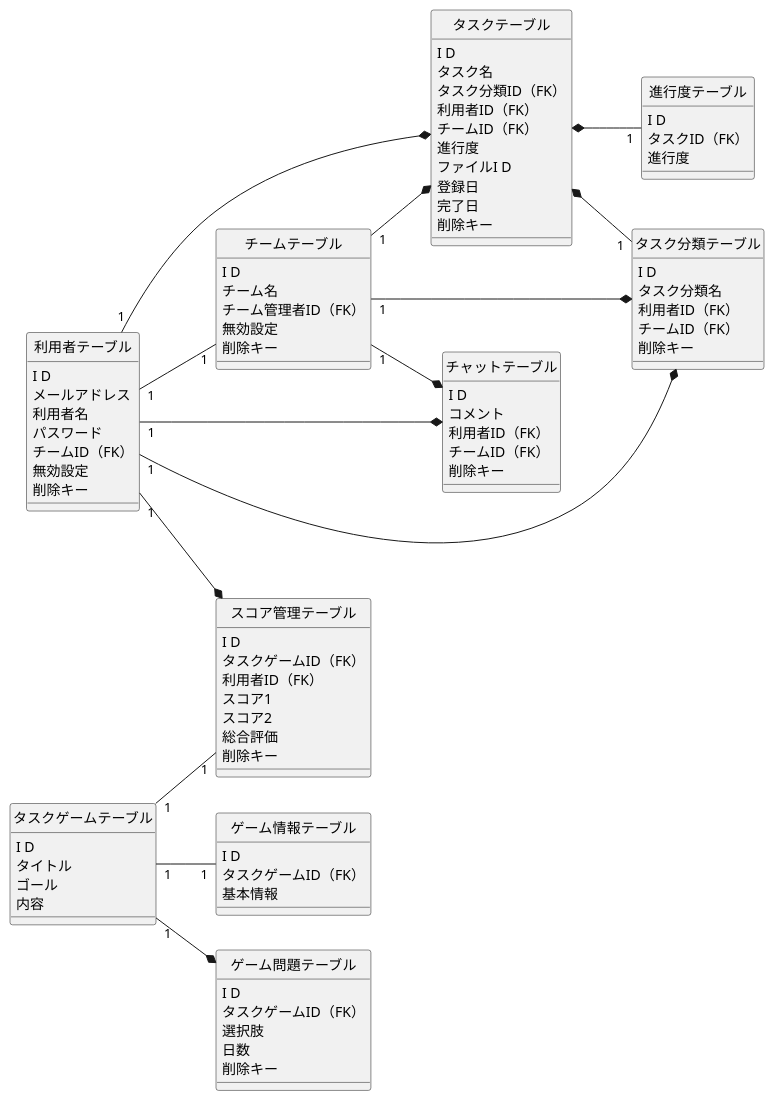
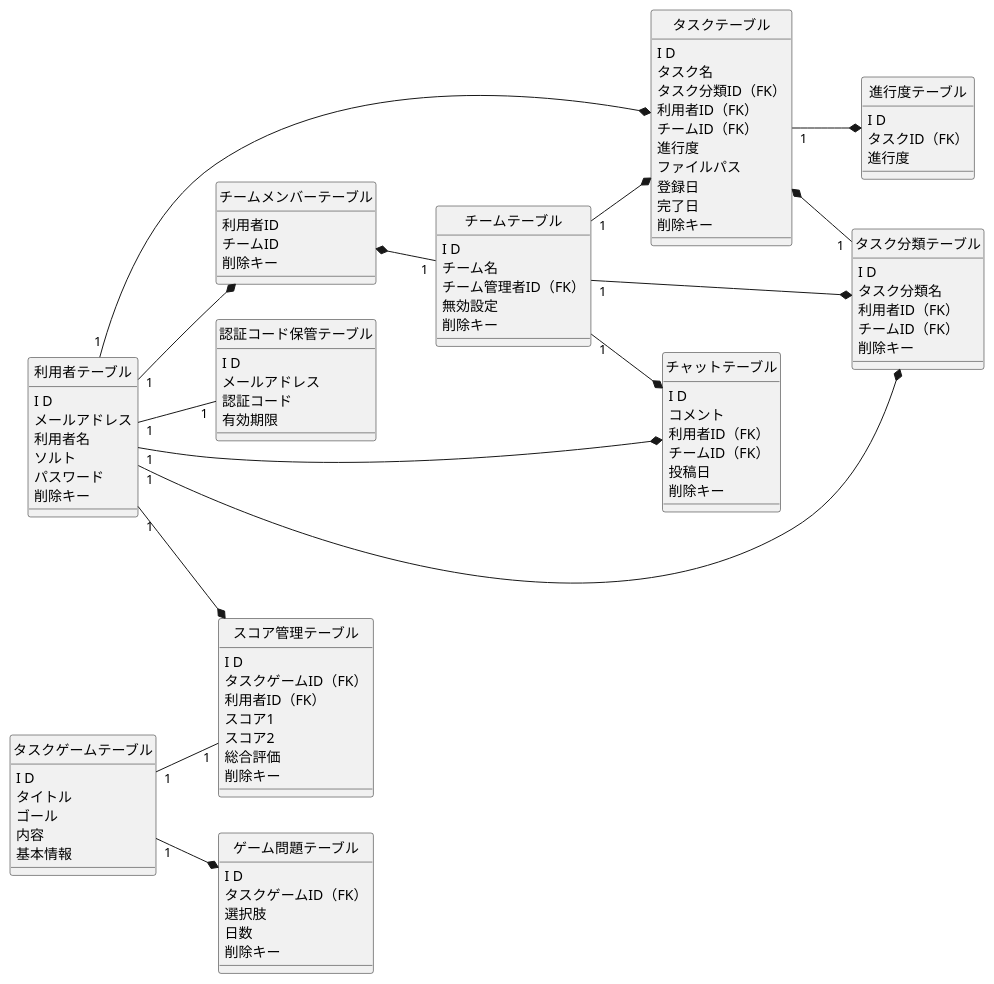
The diagram in hackathon_teamE.pu (omorirenka/uml-introduction), drawn with PlantUML before and after one commit.

Commit message:
プロジェクト開発チームE

```diff
--- a/hackathon_teamE.pu
+++ b/hackathon_teamE.pu
@@ -1,104 +1,113 @@
 @startuml
 left to right direction
 class 利用者テーブル{
 I D
 メールアドレス
 利用者名
+ソルト
 パスワード
-チームID（FK）
-無効設定
 削除キー
+}
+
+class 認証コード保管テーブル{
+I D
+メールアドレス
+認証コード
+有効期限
 }
 
 class タスクテーブル{
 I D
 タスク名
 タスク分類ID（FK）
 利用者ID（FK）
 チームID（FK）
 進行度
-ファイルI D
+ファイルパス
 登録日
 完了日
 削除キー
 }
 
 class タスク分類テーブル{
 I D
 タスク分類名
 利用者ID（FK）
 チームID（FK）
 削除キー
 }
 
 class 進行度テーブル{
 I D
 タスクID（FK）
 進行度
 }
 
 class チームテーブル{
 I D
 チーム名
 チーム管理者ID（FK）
 無効設定
 削除キー    
 }
 
+class チームメンバーテーブル{
+利用者ID
+チームID
+削除キー
+}
+
 class チャットテーブル{
 I D
 コメント
 利用者ID（FK）
 チームID（FK）
+投稿日
 削除キー
 }
 
 class タスクゲームテーブル{
 I D
 タイトル
 ゴール
 内容
+基本情報
 }
 
 class ゲーム問題テーブル{
 I D
 タスクゲームID（FK）
 選択肢
 日数
 削除キー
-}
-
-class ゲーム情報テーブル{
-I D
-タスクゲームID（FK）
-基本情報
 }
 
 class スコア管理テーブル{
 I D
 タスクゲームID（FK）
 利用者ID（FK）
 スコア1
 スコア2
 総合評価
 削除キー
 }
 
+利用者テーブル "1"--"1" 認証コード保管テーブル
 利用者テーブル "1"--* タスクテーブル
-利用者テーブル "1"--"1" チームテーブル
+利用者テーブル "1"--* チームメンバーテーブル
+チームメンバーテーブル *--"1" チームテーブル
 利用者テーブル "1"--* チャットテーブル
 利用者テーブル "1"--* タスク分類テーブル
-タスクテーブル *--"1" 進行度テーブル
+タスクテーブル "1"--* 進行度テーブル
 タスクテーブル *--"1" タスク分類テーブル
 チームテーブル "1"--* タスクテーブル
 チームテーブル "1"--* チャットテーブル
 チームテーブル "1"--* タスク分類テーブル
 
 利用者テーブル "1"--* スコア管理テーブル
 
 タスクゲームテーブル "1"--* ゲーム問題テーブル
-タスクゲームテーブル "1"--"1" ゲーム情報テーブル
 タスクゲームテーブル "1"--"1" スコア管理テーブル
 
 hide circle
 @enduml
```
